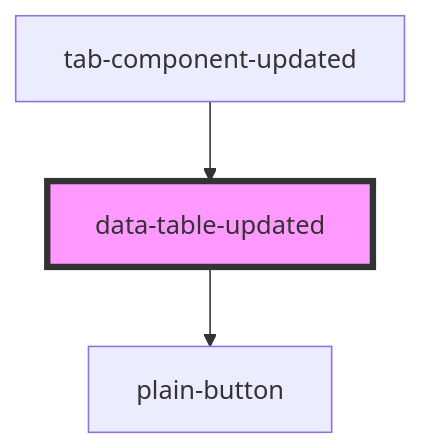
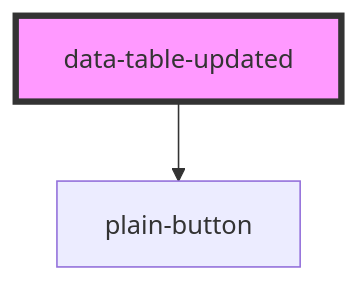
One commit to techvariable/NeptuneConnectComponents changed the diagram in src/components/data-table-updated/readme.md. Above: the diagram before and after it, drawn with Mermaid. The commit also changed other lines of this file and 8 other files, not shown here.

Commit message:
added json and table view handler component

````diff
--- a/src/components/data-table-updated/readme.md
+++ b/src/components/data-table-updated/readme.md
@@ -26,6 +22,5 @@
 ```mermaid
 graph TD;
   data-table-updated --> plain-button
-  tab-component-updated --> data-table-updated
   style data-table-updated fill:#f9f,stroke:#333,stroke-width:4px
 ```
````
